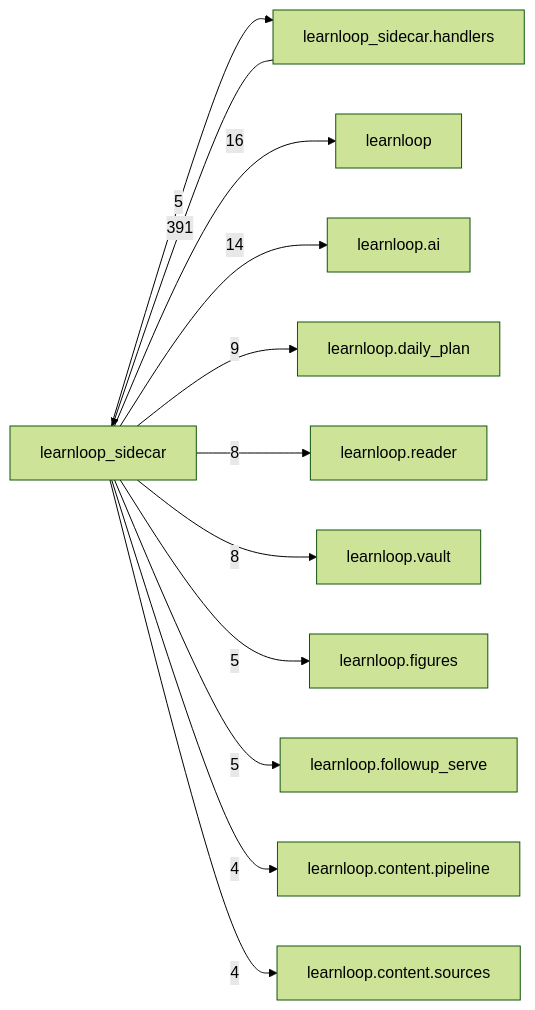
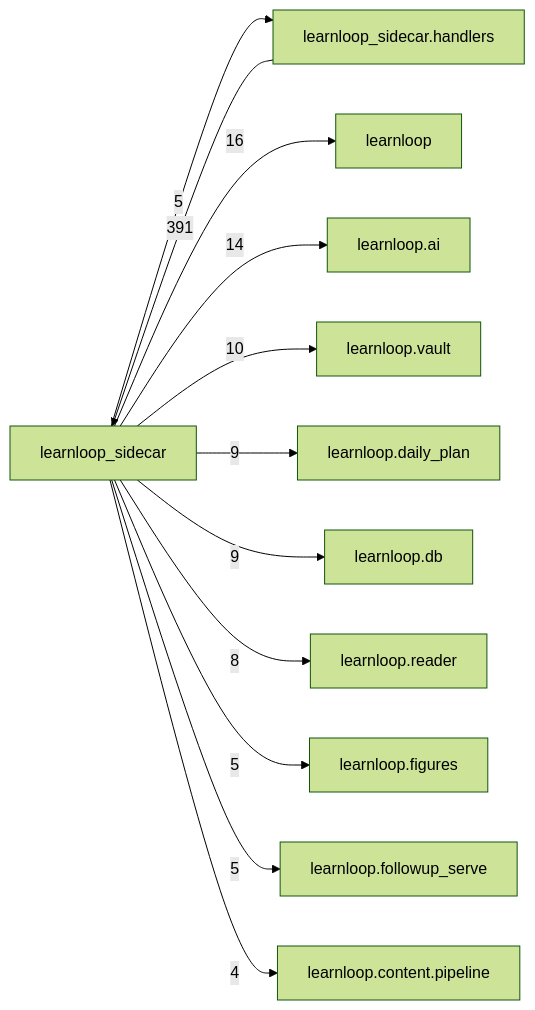
The diagram in docs/learnloop-architecture-vault/Reference/Modules/learnloop_sidecar/_package.md (6up-b/learnanything), drawn with Mermaid (forest theme) before and after one commit. The commit also changed other lines of this file and 59 other files, not shown here.

````diff
--- a/docs/learnloop-architecture-vault/Reference/Modules/learnloop_sidecar/_package.md
+++ b/docs/learnloop-architecture-vault/Reference/Modules/learnloop_sidecar/_package.md
@@ -138,25 +138,25 @@
 ```mermaid
 flowchart LR
     center["learnloop_sidecar"]
     n_learnloop_sidecar_handlers["learnloop_sidecar.handlers"]
     n_learnloop["learnloop"]
     n_learnloop_ai["learnloop.ai"]
+    n_learnloop_vault["learnloop.vault"]
     n_learnloop_daily_plan["learnloop.daily_plan"]
+    n_learnloop_db["learnloop.db"]
     n_learnloop_reader["learnloop.reader"]
-    n_learnloop_vault["learnloop.vault"]
     n_learnloop_figures["learnloop.figures"]
     n_learnloop_followup_serve["learnloop.followup_serve"]
     n_learnloop_content_pipeline["learnloop.content.pipeline"]
-    n_learnloop_content_sources["learnloop.content.sources"]
     n_learnloop_sidecar_handlers -->|391| center
     center -->|5| n_learnloop_sidecar_handlers
     center -->|16| n_learnloop
     center -->|14| n_learnloop_ai
+    center -->|10| n_learnloop_vault
     center -->|9| n_learnloop_daily_plan
+    center -->|9| n_learnloop_db
     center -->|8| n_learnloop_reader
-    center -->|8| n_learnloop_vault
     center -->|5| n_learnloop_figures
     center -->|5| n_learnloop_followup_serve
     center -->|4| n_learnloop_content_pipeline
-    center -->|4| n_learnloop_content_sources
 ```
````
